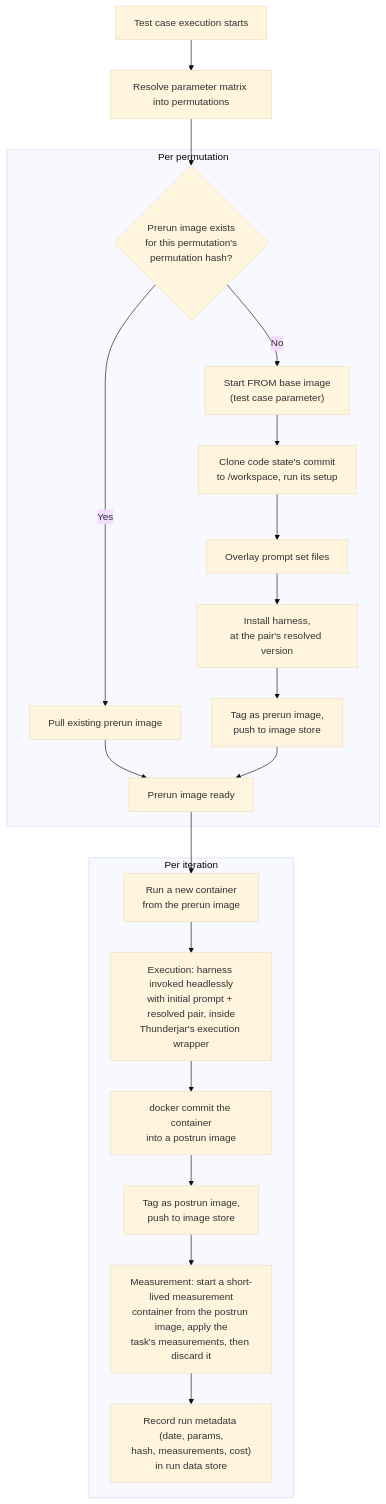
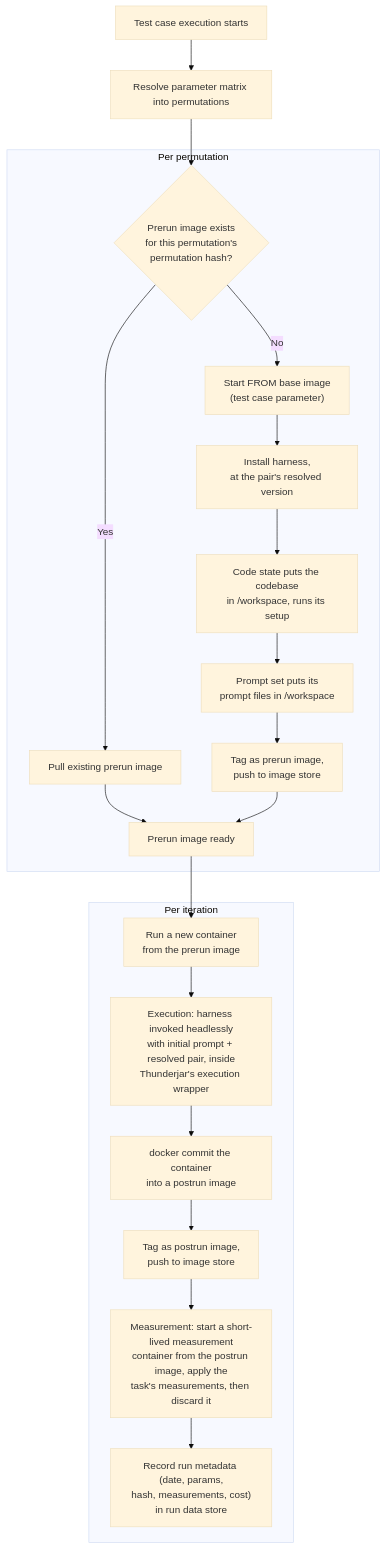
Before and after one commit to dwjohnston/thunderjar-speccing: the diagram in spec/080-docker-execution.md, drawn with Mermaid (base theme). The commit also changed 55 other files, not shown here.

````diff
--- a/spec/080-docker-execution.md
+++ b/spec/080-docker-execution.md
@@ -11,28 +11,28 @@
 ```mermaid
 flowchart TD
     A["Test case execution starts"] --> B["Resolve parameter matrix into permutations"]
     B --> C
 
     subgraph PERM["Per permutation"]
         C{"Prerun image exists<br/>for this permutation's<br/>permutation hash?"}
         C -- Yes --> D["Pull existing prerun image"]
         C -- No --> E["Start FROM base image<br/>(test case parameter)"]
-        E --> F["Clone code state's commit<br/>to /workspace, run its setup"]
-        F --> G["Overlay prompt set files"]
-        G --> H["Install harness,<br/>at the pair's resolved version"]
-        H --> I["Tag as prerun image,<br/>push to image store"]
+        E --> H["Install harness,<br/>at the pair's resolved version"]
+        H --> F["Code state puts the codebase<br/>in /workspace, runs its setup"]
+        F --> G["Prompt set puts its<br/>prompt files in /workspace"]
+        G --> I["Tag as prerun image,<br/>push to image store"]
         D --> J["Prerun image ready"]
         I --> J
     end
 
     subgraph ITER["Per iteration"]
         K["Run a new container<br/>from the prerun image"]
         K --> L["Execution: harness invoked headlessly<br/>with initial prompt + resolved pair, inside<br/>Thunderjar's execution wrapper"]
         L --> M["docker commit the container<br/>into a postrun image"]
         M --> N["Tag as postrun image,<br/>push to image store"]
         N --> O["Measurement: start a short-lived measurement<br/>container from the postrun image, apply the<br/>task's measurements, then discard it"]
         O --> P["Record run metadata (date, params,<br/>hash, measurements, cost)<br/>in run data store"]
     end
 
     J --> K
 ```
````
